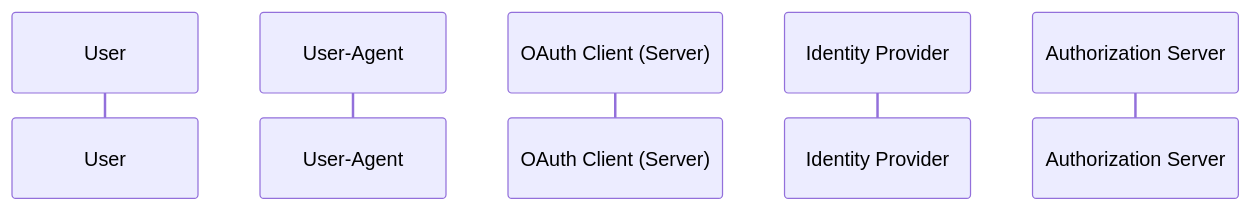
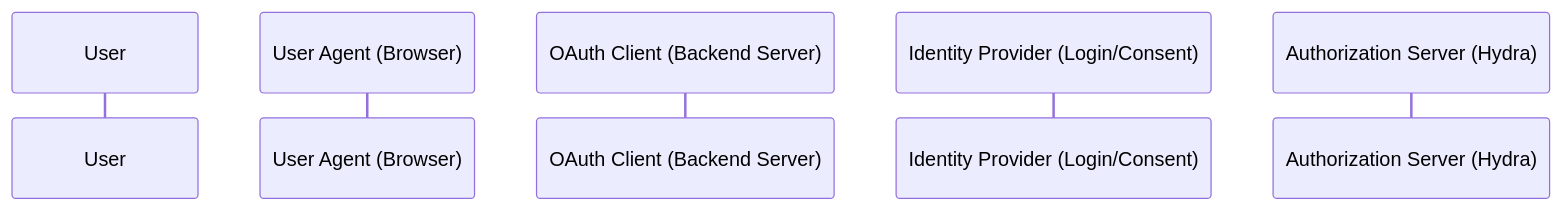
The diagram in README.md (ardetrick/ory-hydra-refrence-java), drawn with Mermaid before and after one commit.

Commit message:
readme updates

````diff
--- a/README.md
+++ b/README.md
@@ -171,8 +171,8 @@
 ```mermaid
 sequenceDiagram
     participant User
-    participant User-Agent
-    participant OAuth Client (Server)
-    participant Identity Provider
-    participant Authorization Server
+    participant User Agent (Browser)
+    participant OAuth Client (Backend Server)
+    participant Identity Provider (Login/Consent)
+    participant Authorization Server (Hydra)
 ```
````
